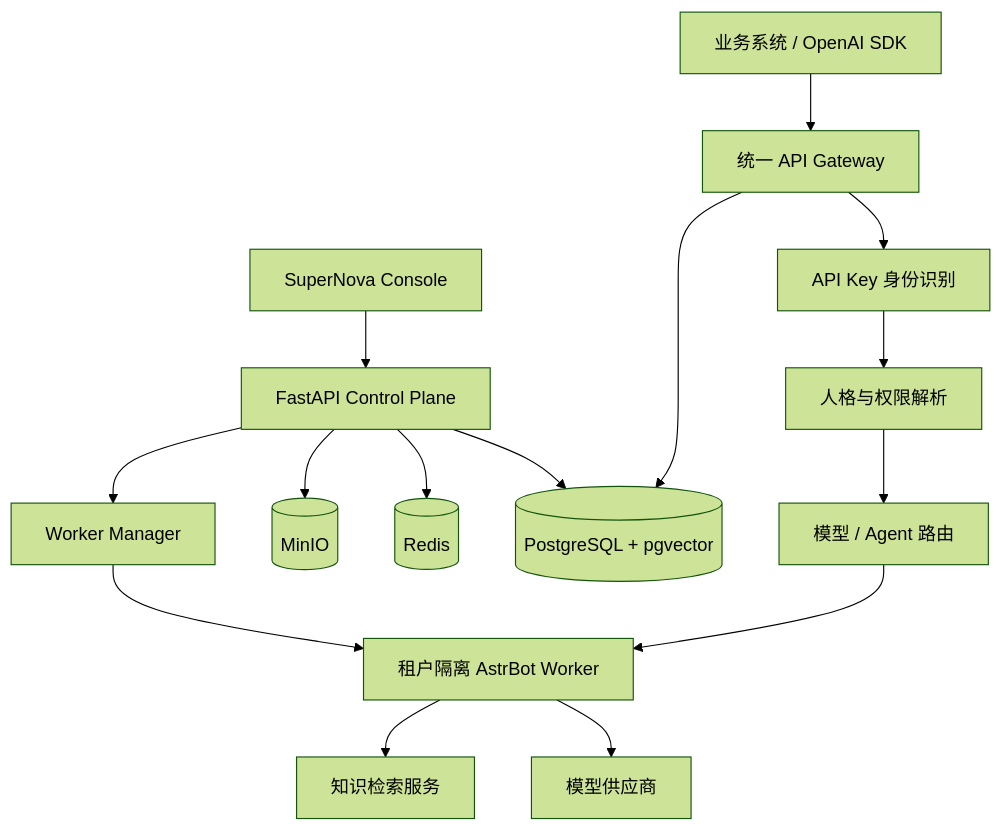
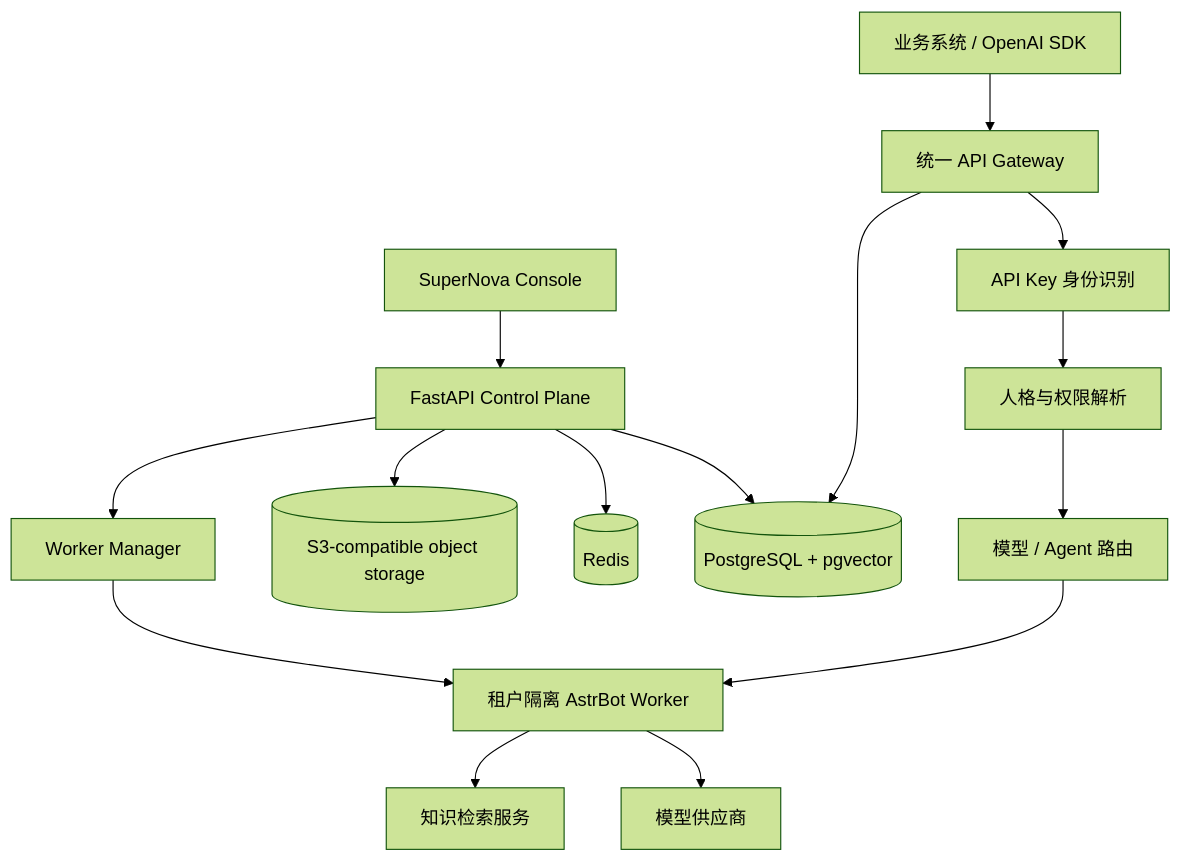
One commit to macbook2018/SuperNova changed the diagram in docs/architecture/overview.md. Above: the diagram before and after it, drawn with Mermaid (forest theme). The commit also changed 8 other files, not shown here.

Commit message:
fix: stabilize object storage image and lint configuration

```diff
--- a/docs/architecture/overview.md
+++ b/docs/architecture/overview.md
@@ -9,17 +9,17 @@
 ~~~mermaid
 flowchart TB
     Client[业务系统 / OpenAI SDK] --> Gateway[统一 API Gateway]
     Console[SuperNova Console] --> Control[FastAPI Control Plane]
     Gateway --> Auth[API Key 身份识别]
     Auth --> Persona[人格与权限解析]
     Persona --> Router[模型 / Agent 路由]
     Router --> Worker[租户隔离 AstrBot Worker]
     Worker --> Provider[模型供应商]
     Worker --> KB[知识检索服务]
     Control --> DB[(PostgreSQL + pgvector)]
     Gateway --> DB
     Control --> Redis[(Redis)]
-    Control --> Storage[(MinIO)]
+    Control --> Storage[(S3-compatible object storage)]
     Control --> Manager[Worker Manager]
     Manager --> Worker
 ~~~
```
